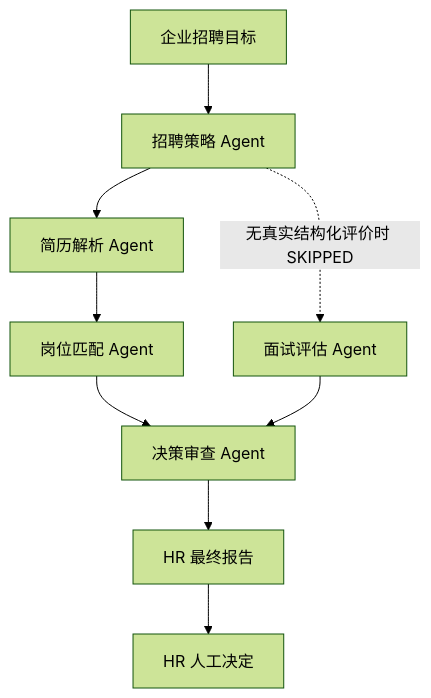
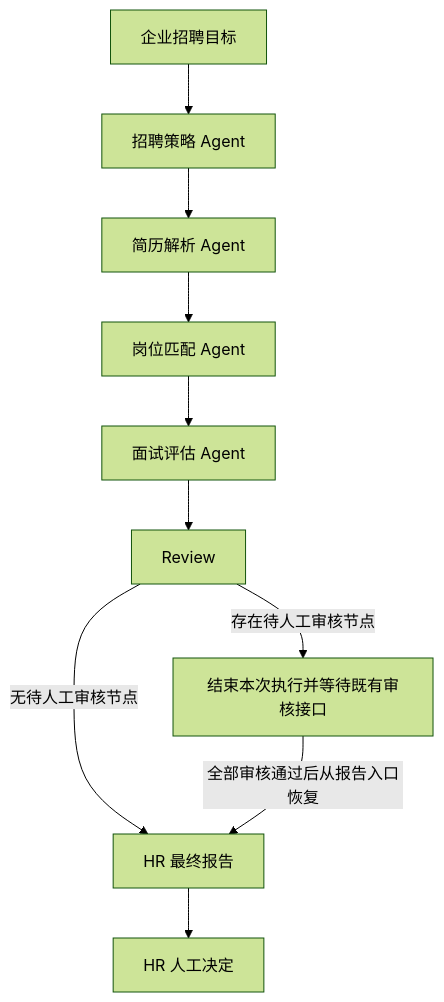
The second of 4 diagrams in docs/架构设计.md (shmzl1/workspace-core), drawn with Mermaid (forest theme) before and after one commit. The commit also changed other lines of this file and 16 other files, not shown here.

````diff
--- a/docs/架构设计.md
+++ b/docs/架构设计.md
@@ -66,11 +66,12 @@
 ```mermaid
 flowchart TB
     Goal[企业招聘目标] --> Strategy[招聘策略 Agent]
     Strategy --> Resume[简历解析 Agent]
     Resume --> Match[岗位匹配 Agent]
-    Strategy -. 无真实结构化评价时 SKIPPED .-> Interview[面试评估 Agent]
-    Match --> Review[决策审查 Agent]
+    Match --> Interview[面试评估 Agent]
     Interview --> Review
-    Review --> Report[HR 最终报告]
+    Review -->|无待人工审核节点| Report[HR 最终报告]
+    Review -->|存在待人工审核节点| Wait[结束本次执行并等待既有审核接口]
+    Wait -->|全部审核通过后从报告入口恢复| Report
     Report --> HumanDecision[HR 人工决定]
 ```
````
